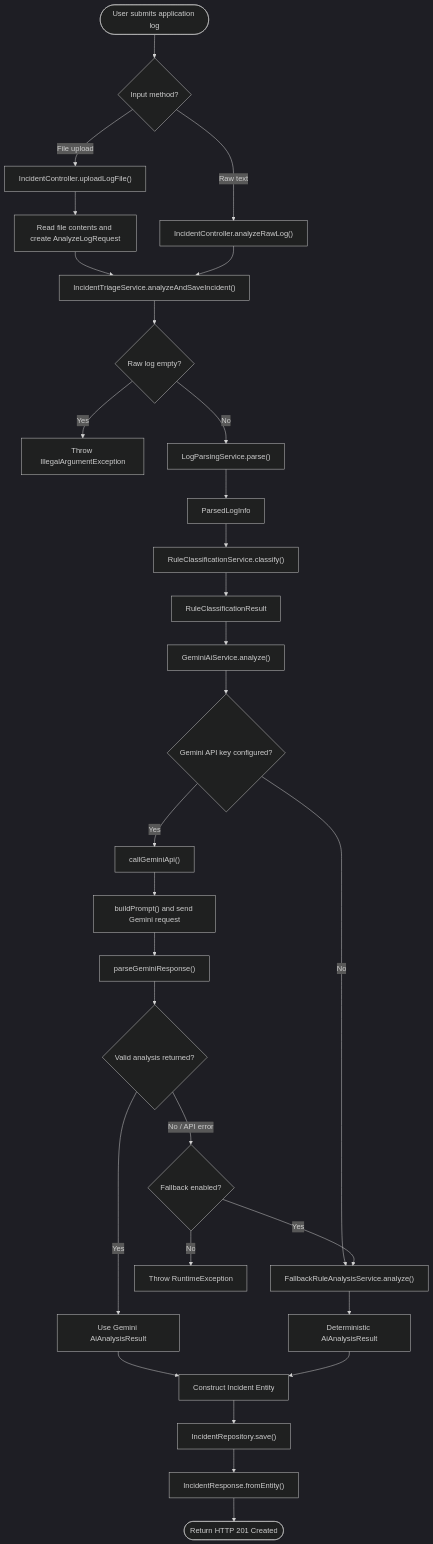
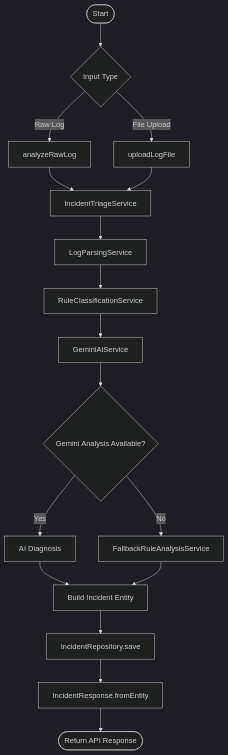
The second of 2 diagrams in README.md (ashwini-v358/ai-incident-triage-assistant), drawn with Mermaid (dark theme) before and after one commit. The commit also changed other lines of this file, not shown here.

````diff
--- a/README.md
+++ b/README.md
@@ -67,49 +89,26 @@
 ```mermaid
 flowchart TD
+    A([Start]) --> B{Input Type}
 
-    A(["User submits application log"])
+    B -->|Raw Log| C[analyzeRawLog]
+    B -->|File Upload| D[uploadLogFile]
 
-    A --> B{"Input method?"}
+    C --> E[IncidentTriageService]
+    D --> E
 
-    B -->|"Raw text"| C["IncidentController.analyzeRawLog()"]
-    B -->|"File upload"| D["IncidentController.uploadLogFile()"]
+    E --> F[LogParsingService]
+    F --> G[RuleClassificationService]
+    G --> H[GeminiAiService]
 
-    D --> E["Read file contents and create AnalyzeLogRequest"]
-    E --> F["IncidentTriageService.analyzeAndSaveIncident()"]
-    C --> F
+    H --> I{Gemini Analysis Available?}
 
-    F --> G{"Raw log empty?"}
+    I -->|Yes| J[AI Diagnosis]
+    I -->|No| K[FallbackRuleAnalysisService]
 
-    G -->|"Yes"| H["Throw IllegalArgumentException"]
-    G -->|"No"| I["LogParsingService.parse()"]
+    J --> L[Build Incident Entity]
+    K --> L
 
-    I --> J["ParsedLogInfo"]
-    J --> K["RuleClassificationService.classify()"]
-    K --> L["RuleClassificationResult"]
-
-    L --> M["GeminiAiService.analyze()"]
-
-    M --> N{"Gemini API key configured?"}
-
-    N -->|"No"| R["FallbackRuleAnalysisService.analyze()"]
-    N -->|"Yes"| O["callGeminiApi()"]
-
-    O --> P["buildPrompt() and send Gemini request"]
-    P --> Q["parseGeminiResponse()"]
-
-    Q --> S{"Valid analysis returned?"}
-
-    S -->|"Yes"| T["Use Gemini AiAnalysisResult"]
-    S -->|"No / API error"| U{"Fallback enabled?"}
-
-    U -->|"Yes"| R
-    U -->|"No"| V["Throw RuntimeException"]
-
-    R --> W["Deterministic AiAnalysisResult"]
-    T --> X["Construct Incident Entity"]
-    W --> X
-
-    X --> Y["IncidentRepository.save()"]
-    Y --> Z["IncidentResponse.fromEntity()"]
-    Z --> AA(["Return HTTP 201 Created"])
+    L --> M[IncidentRepository.save]
+    M --> N[IncidentResponse.fromEntity]
+    N --> O([Return API Response])
 ```
````
